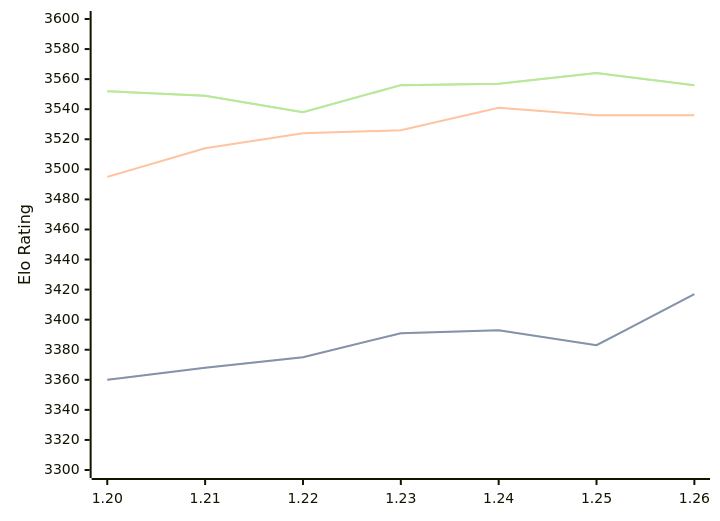
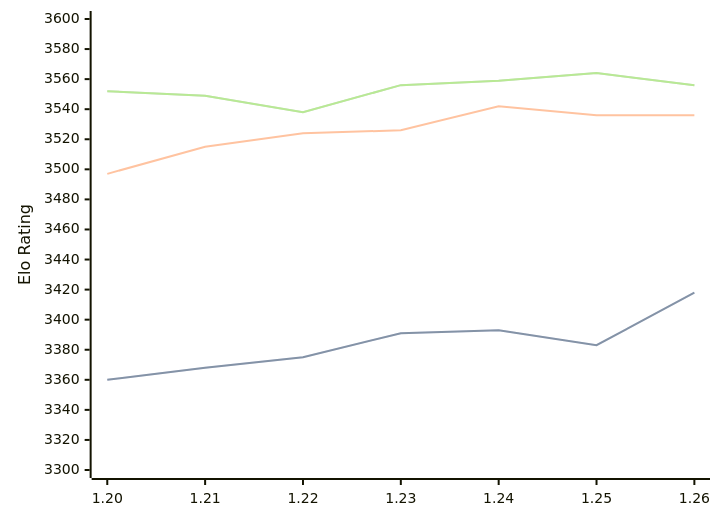
One commit to computer-chess-index/cci changed the diagram in engines/Caissa.md. Above: the diagram before and after it, drawn with Mermaid. The commit also changed other lines of this file, not shown here.

Commit message:
Update CCI Ratings (ELO VLTC) - 2026-09-10

````diff
--- a/engines/Caissa.md
+++ b/engines/Caissa.md
@@ -37,11 +37,11 @@
 ```mermaid
 %%{init: {"theme":"base","themeVariables":{"seriesColors:['#a3a3a3','#222221','#faa371']}}}%%
 xychart-beta
   x-axis ["1.20", "1.21", "1.22", "1.23", "1.24", "1.25", "1.26"]
   y-axis "Elo Rating" 3300 --> 3600
-  line "" [3360, 3368, 3375, 3391, 3393, 3383, 3417]
-  line "STC (8.0+0.08s)" [3360, 3368, 3375, 3391, 3393, 3383, 3417]
-  line "LTC (60.0+0.60s)" [3495, 3514, 3524, 3526, 3541, 3536, 3536]
-  line "" [3552, 3549, 3538, 3556, 3557, 3564, 3556]
-  line "VLTC (2m24s+1.12s)" [3552, 3549, 3538, 3556, 3557, 3564, 3556]
+  line "" [3360, 3368, 3375, 3391, 3393, 3383, 3418]
+  line "STC (8.0+0.08s)" [3360, 3368, 3375, 3391, 3393, 3383, 3418]
+  line "LTC (60.0+0.60s)" [3497, 3515, 3524, 3526, 3542, 3536, 3536]
+  line "" [3552, 3549, 3538, 3556, 3559, 3564, 3556]
+  line "VLTC (2m24s+1.12s)" [3552, 3549, 3538, 3556, 3559, 3564, 3556]
 ```
````
